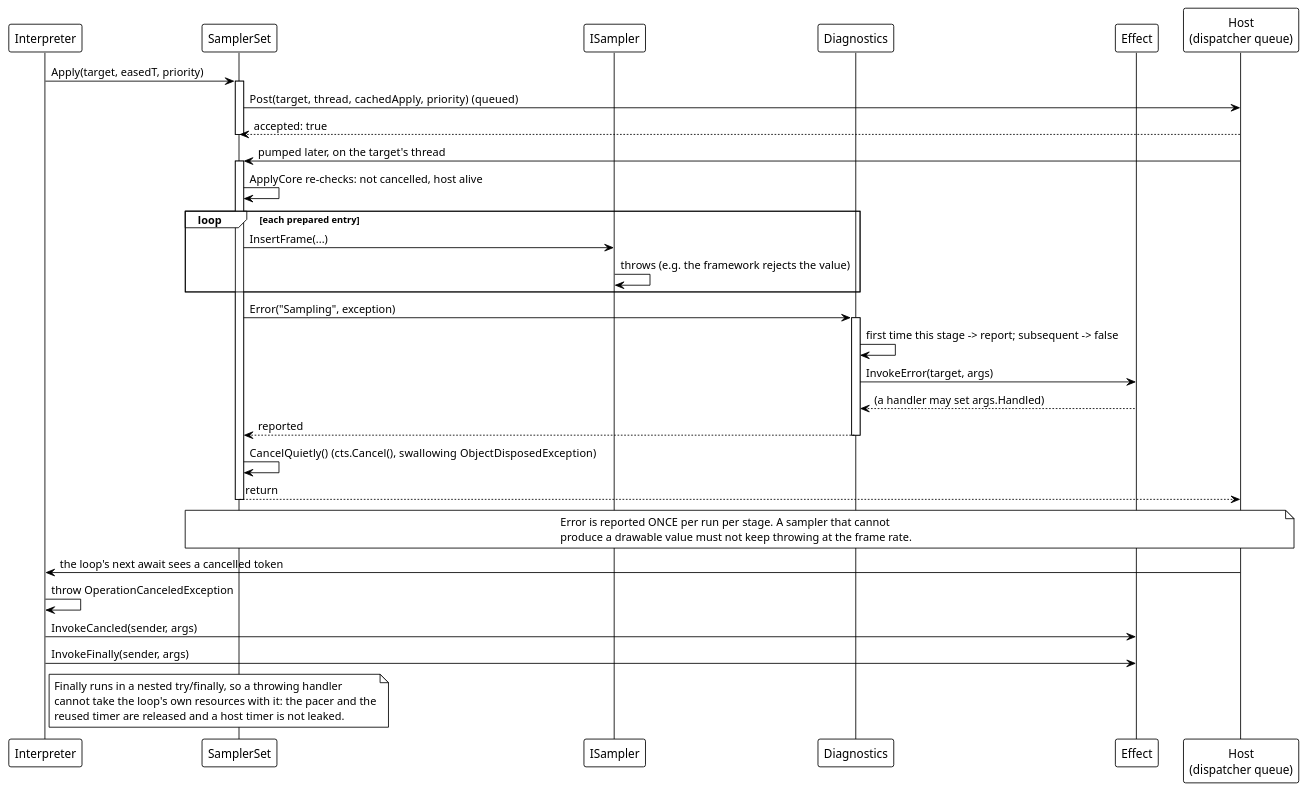
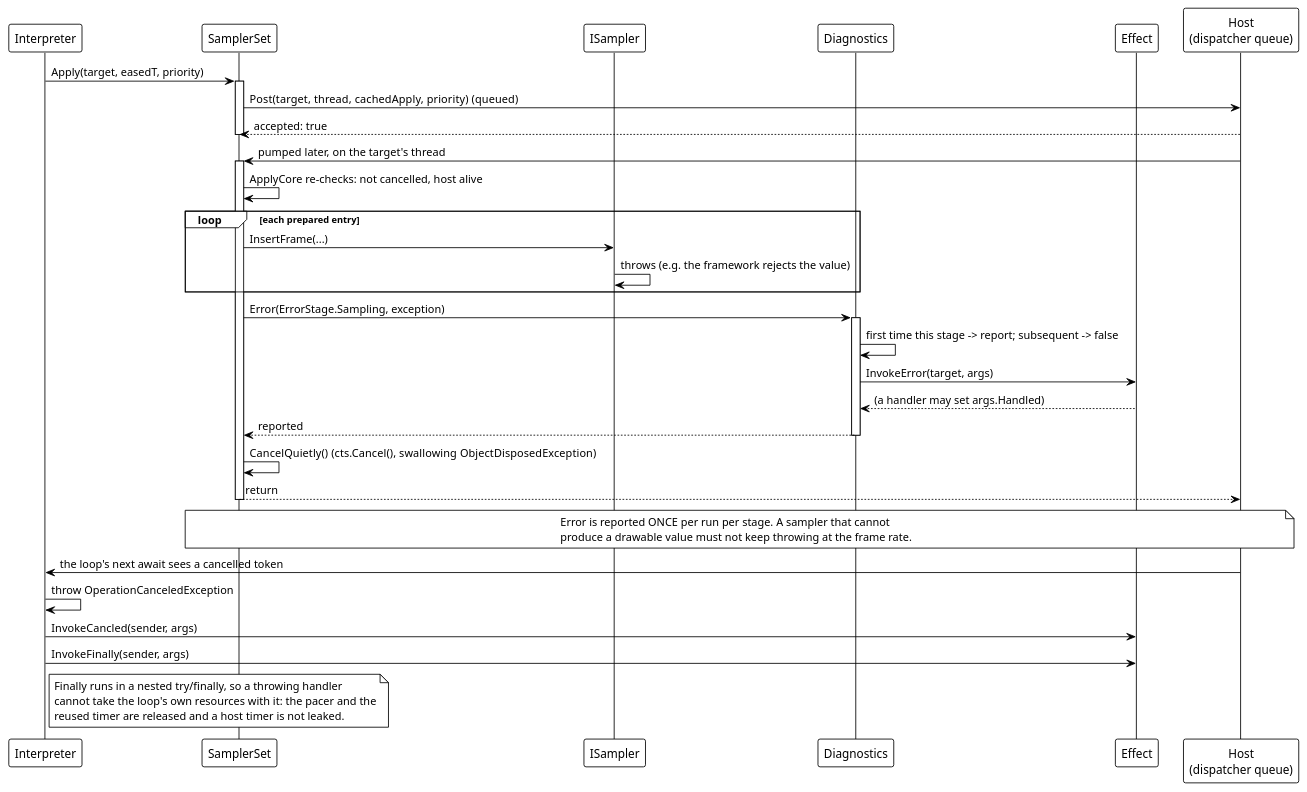
Before and after one commit to Axvser/VeloxDev.Docs: the first of 2 diagrams in src/CloudGlyph/Assets/Docs/content/en/3_SE_Analysis/03_data-flow/03_transition/02_error-path/index.md, drawn with PlantUML. The commit also changed other lines of this file and 78 other files, not shown here.

````diff
--- a/src/CloudGlyph/Assets/Docs/content/en/3_SE_Analysis/03_data-flow/03_transition/02_error-path/index.md
+++ b/src/CloudGlyph/Assets/Docs/content/en/3_SE_Analysis/03_data-flow/03_transition/02_error-path/index.md
@@ -7,51 +7,51 @@
 ```plantuml
 @startuml
 !theme plain
 
 participant "Interpreter" as TI
 participant "SamplerSet" as SET
 participant "ISampler" as SM
 participant "Diagnostics" as DG
 participant "Effect" as EF
 participant "Host\n(dispatcher queue)" as Q
 
 TI -> SET: Apply(target, easedT, priority)
 activate SET
 SET -> Q: Post(target, thread, cachedApply, priority)   (queued)
 Q --> SET: accepted: true
 deactivate SET
 
 Q -> SET: pumped later, on the target's thread
 activate SET
 SET -> SET: ApplyCore re-checks: not cancelled, host alive
 loop each prepared entry
     SET -> SM: InsertFrame(...)
     SM -> SM: throws (e.g. the framework rejects the value)
 end
-SET -> DG: Error("Sampling", exception)
+SET -> DG: Error(ErrorStage.Sampling, exception)
 activate DG
 DG -> DG: first time this stage -> report; subsequent -> false
 DG -> EF: InvokeError(target, args)
 EF --> DG: (a handler may set args.Handled)
 DG --> SET: reported
 deactivate DG
 SET -> SET: CancelQuietly()   (cts.Cancel(), swallowing ObjectDisposedException)
 SET --> Q: return
 deactivate SET
 
 note over Q, SET
   Error is reported ONCE per run per stage. A sampler that cannot
   produce a drawable value must not keep throwing at the frame rate.
 end note
 
 Q -> TI: the loop's next await sees a cancelled token
 TI -> TI: throw OperationCanceledException
 TI -> EF: InvokeCancled(sender, args)
 TI -> EF: InvokeFinally(sender, args)
 note right of TI
   Finally runs in a nested try/finally, so a throwing handler
   cannot take the loop's own resources with it: the pacer and the
   reused timer are released and a host timer is not leaked.
 end note
 @enduml
 ```
````
